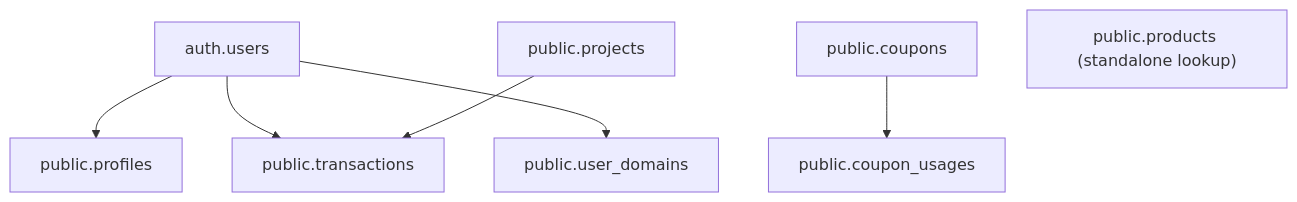
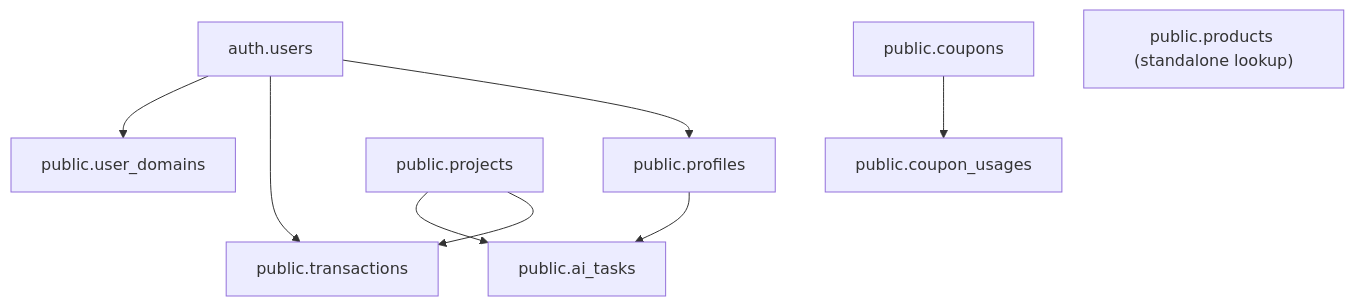
The second of 2 diagrams in wuzzkang-engineering/docs/09_DATABASE_ARCHITECTURE.md (wuzzkang/engineering), drawn with Mermaid before and after one commit. The commit also changed other lines of this file and 13 other files, not shown here.

````diff
--- a/wuzzkang-engineering/docs/09_DATABASE_ARCHITECTURE.md
+++ b/wuzzkang-engineering/docs/09_DATABASE_ARCHITECTURE.md
@@ -687,9 +750,11 @@
 ```mermaid
 graph TD
     users["auth.users"] --> profiles["public.profiles"]
     users --> transactions["public.transactions"]
     users --> user_domains["public.user_domains"]
     projects["public.projects"] --> transactions
+    projects --> ai_tasks["public.ai_tasks"]
+    profiles --> ai_tasks
     coupons["public.coupons"] --> coupon_usages["public.coupon_usages"]
     products["public.products (standalone lookup)"]
 ```
````
